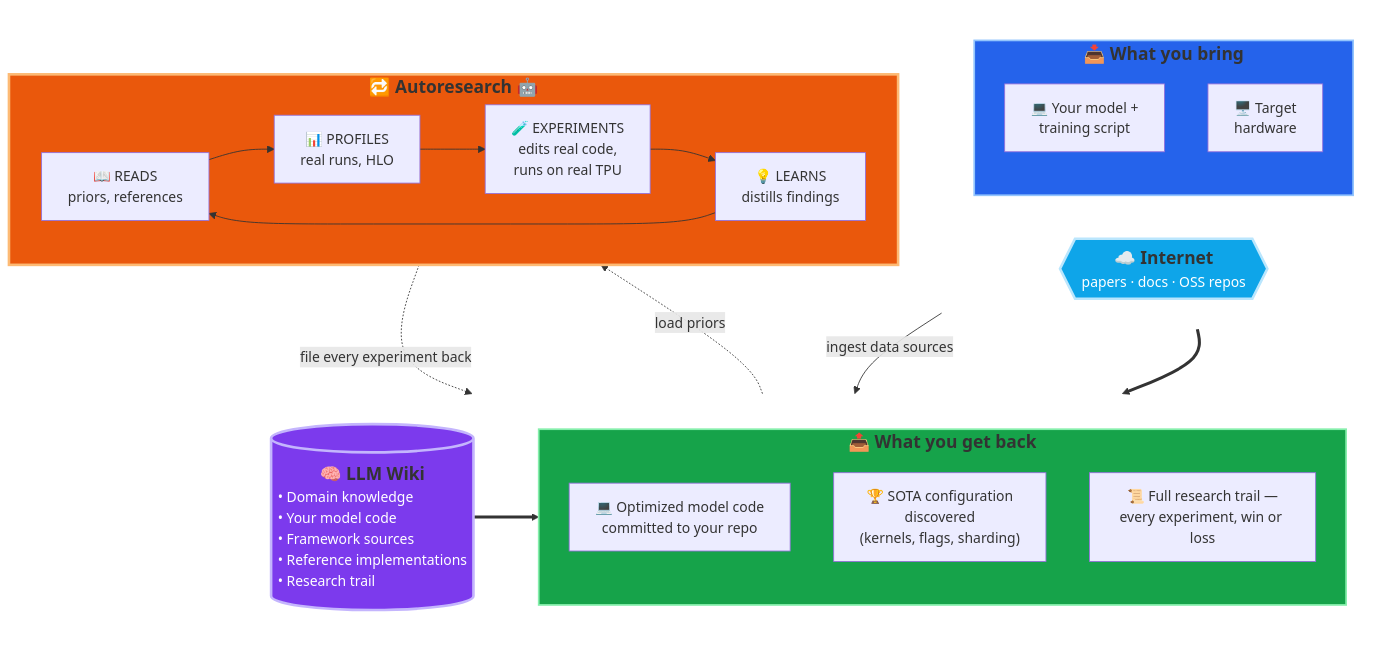
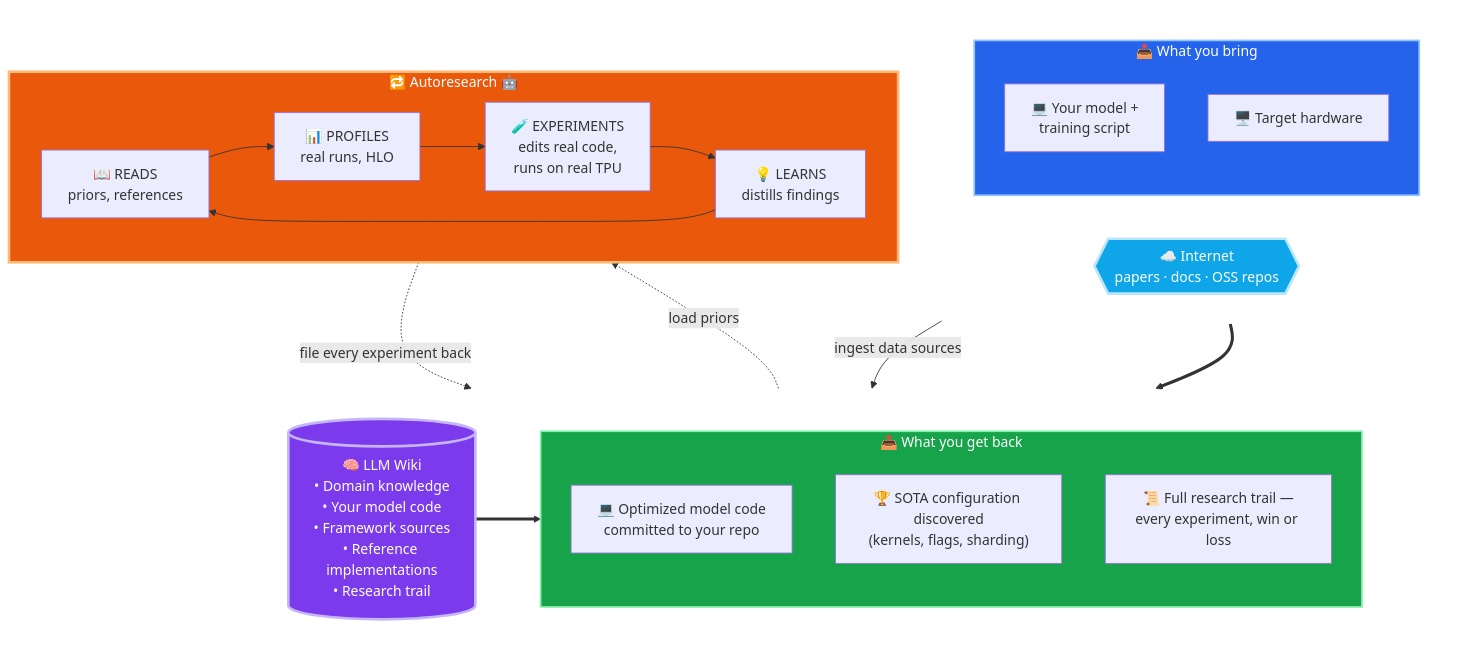
The diagram in _posts/2026-05-01-tpu-model-performance-auto-optimization.md (vlasenkoalexey/vlasenkoalexey.github.io), drawn with Mermaid before and after one commit. The commit also changed other lines of this file, not shown here.

Commit message:
TPU post: make bare URLs clickable + fix Mermaid render
- Wrap bare URLs in <> so kramdown renders them as links (it doesn't
  autolink bare URLs like GFM does)
- Simplify the Mermaid flowchart labels (drop inline <span/div style=...>
  HTML that Chirpy's mermaid 11.13.0 pipeline choked on); verified it
  parses under 11.13.0 and renders

````diff
--- a/_posts/2026-05-01-tpu-model-performance-auto-optimization.md
+++ b/_posts/2026-05-01-tpu-model-performance-auto-optimization.md
@@ -100,49 +100,49 @@
 ```mermaid
 flowchart TB
     subgraph INPUTS_ROW[" "]
         direction LR
-        subgraph IN["<span style='font-size:1.25em'><b>📥 What you bring</b></span>"]
+        subgraph IN["📥 What you bring"]
             direction TB
             IN1["💻 Your model +<br/>training script"]
-            IN2["🖥️ Target<br/>hardware"]
+            IN2["🖥️ Target hardware"]
         end
-        INTERNET{{"<span style='font-size:1.25em'><b>☁️ Internet</b></span><br/>papers · docs · OSS repos"}}
+        INTERNET{{"☁️ Internet<br/>papers · docs · OSS repos"}}
     end
 
     subgraph HUB_ROW[" "]
         direction LR
-        WIKI[("<div style='text-align:center'><span style='font-size:1.25em'><b>🧠 LLM Wiki</b></span></div><div style='text-align:left;white-space:nowrap'>• Domain knowledge<br/>• Your model code<br/>• Framework sources<br/>• Reference implementations<br/>• Research trail</div>")]
-        subgraph OUT["<span style='font-size:1.25em'><b>📤 What you get back</b></span>"]
+        WIKI[("🧠 LLM Wiki<br/>• Domain knowledge<br/>• Your model code<br/>• Framework sources<br/>• Reference implementations<br/>• Research trail")]
+        subgraph OUT["📤 What you get back"]
             direction TB
             OUT1["💻 Optimized model code<br/>committed to your repo"]
-            OUT2["🏆 SOTA configuration<br/>discovered<br/>(kernels, flags, sharding)"]
+            OUT2["🏆 SOTA configuration discovered<br/>(kernels, flags, sharding)"]
             OUT3["📜 Full research trail —<br/>every experiment, win or loss"]
         end
     end
 
-    subgraph ENGINE["<span style='font-size:1.25em'><b>🔁 Autoresearch 🤖</b></span>"]
+    subgraph ENGINE["🔁 Autoresearch 🤖"]
         direction LR
         E1["📖 READS<br/>priors, references"]
         E2["📊 PROFILES<br/>real runs, HLO"]
         E3["🧪 EXPERIMENTS<br/>edits real code,<br/>runs on real TPU"]
         E4["💡 LEARNS<br/>distills findings"]
         E1 --> E2
         E2 --> E3
         E3 --> E4
         E4 --> E1
     end
 
     IN ==> WIKI
     INTERNET -- "ingest data sources" --> WIKI
     WIKI ==> OUT
     WIKI -. "load priors" .-> ENGINE
     ENGINE -. "file every experiment back" .-> WIKI
 
     style INPUTS_ROW fill:none,stroke:none
     style HUB_ROW fill:none,stroke:none
     style IN fill:#2563eb,stroke:#93c5fd,stroke-width:2px,color:#fff
     style ENGINE fill:#ea580c,stroke:#fdba74,stroke-width:3px,color:#fff
     style OUT fill:#16a34a,stroke:#86efac,stroke-width:2px,color:#fff
     style WIKI fill:#7c3aed,stroke:#c4b5fd,stroke-width:3px,color:#fff
     style INTERNET fill:#0ea5e9,stroke:#bae6fd,stroke-width:3px,color:#fff
 ```
````
